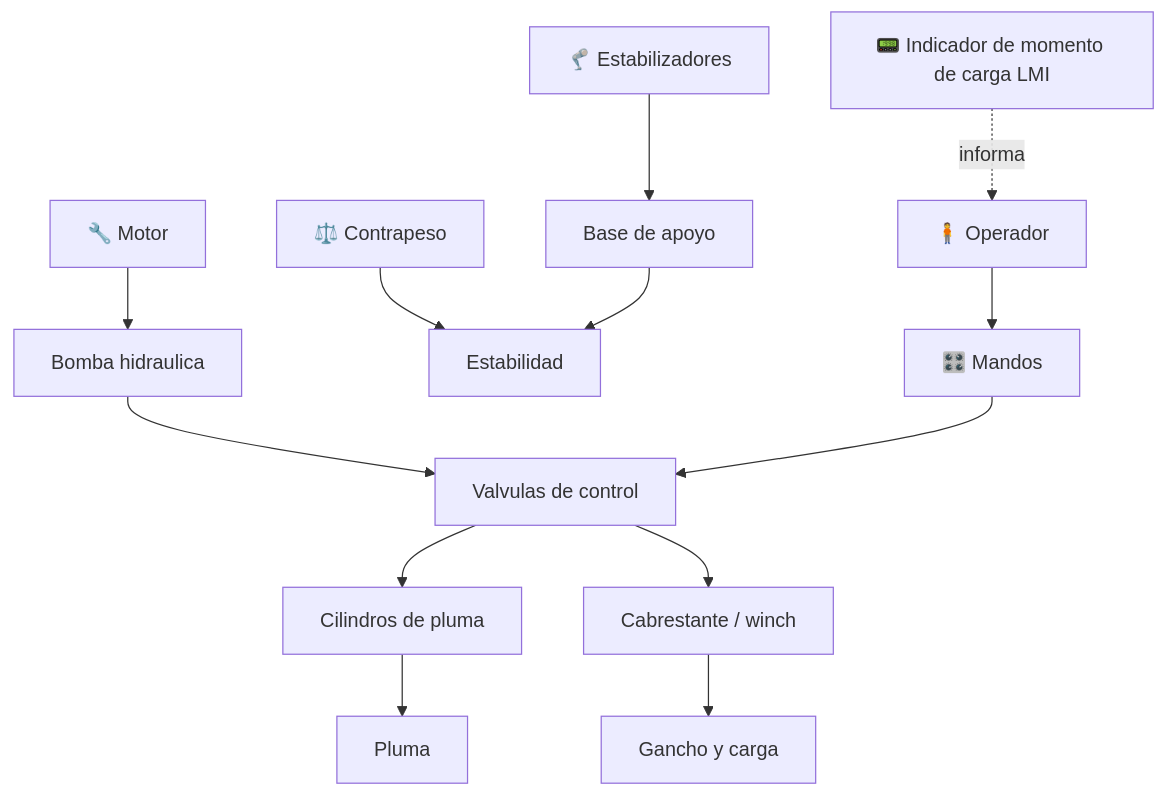
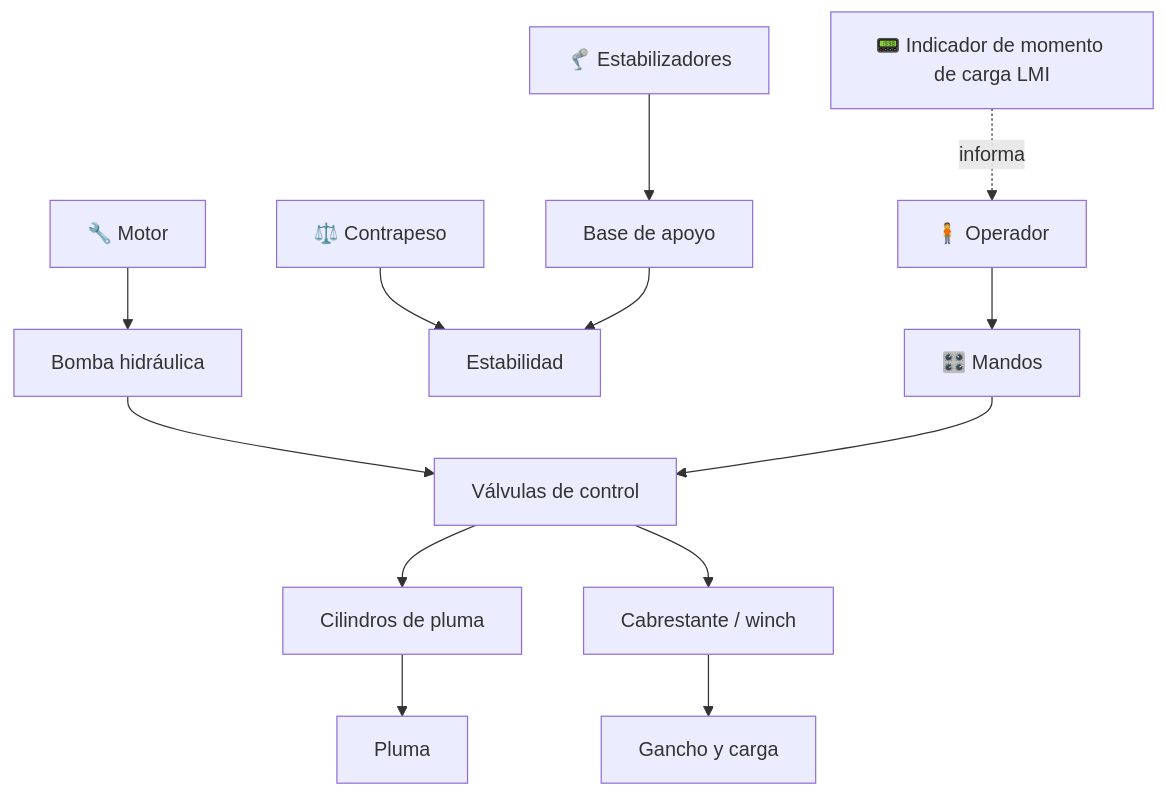
One commit to vladimiracunadev-create/machine-operator-program changed the diagram in vehiculos/gruas/README.md. Above: the diagram before and after it, drawn with Mermaid. The commit also changed other lines of this file and 442 other files, not shown here.

````diff
--- a/vehiculos/gruas/README.md
+++ b/vehiculos/gruas/README.md
@@ -32,15 +32,15 @@
 ```mermaid
 flowchart TD
-    Motor[🔧 Motor] --> Bomba[Bomba hidraulica]
-    Bomba --> Valvulas[Valvulas de control]
+    Motor[🔧 Motor] --> Bomba[Bomba hidráulica]
+    Bomba --> Valvulas[Válvulas de control]
     Valvulas --> CilPluma[Cilindros de pluma]
     Valvulas --> Cabrestante[Cabrestante / winch]
     CilPluma --> Pluma[Pluma]
     Cabrestante --> Gancho[Gancho y carga]
     Estabilizadores[🦿 Estabilizadores] --> Base[Base de apoyo]
     Contrapeso[⚖️ Contrapeso] --> Estabilidad[Estabilidad]
     Base --> Estabilidad
     Mandos[🎛️ Mandos] --> Valvulas
     LMI[📟 Indicador de momento de carga LMI] -. informa .-> Operador[🧍 Operador]
     Operador --> Mandos
 ```
````
